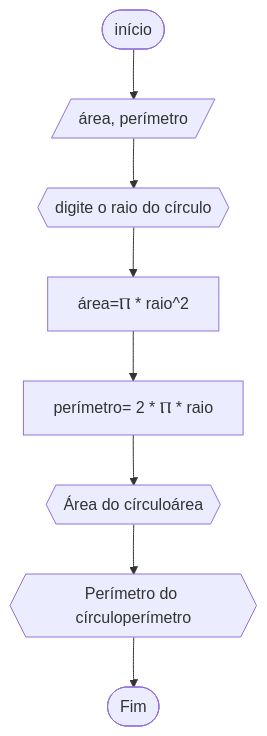
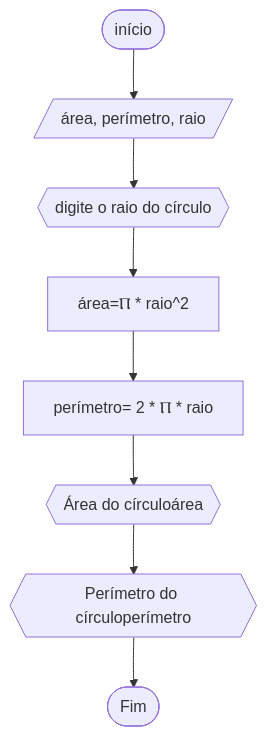
Before and after one commit to yeesusu/UNIFOR: the tenth of 15 diagrams in RLA/RLA2/20exercícios_RLA.md, drawn with Mermaid. The commit also changed other lines of this file, not shown here.

````diff
--- a/RLA/RLA2/20exercícios_RLA.md
+++ b/RLA/RLA2/20exercícios_RLA.md
@@ -242,10 +244,10 @@
 ```mermaid
 flowchart TD
-A([início])-->B[/área, perímetro/]
+A([início])-->B[/área, perímetro, raio/]
 B-->C{{"digite o raio  do círculo"}}
 C-->D[área=Ⲡ * raio^2]
 D-->E[perímetro= 2 * Ⲡ * raio]
 E-->F{{"Área do círculo"área}}
 F-->G{{"Perímetro do círculo"perímetro}}
 G-->Z([Fim])
 ```
````
